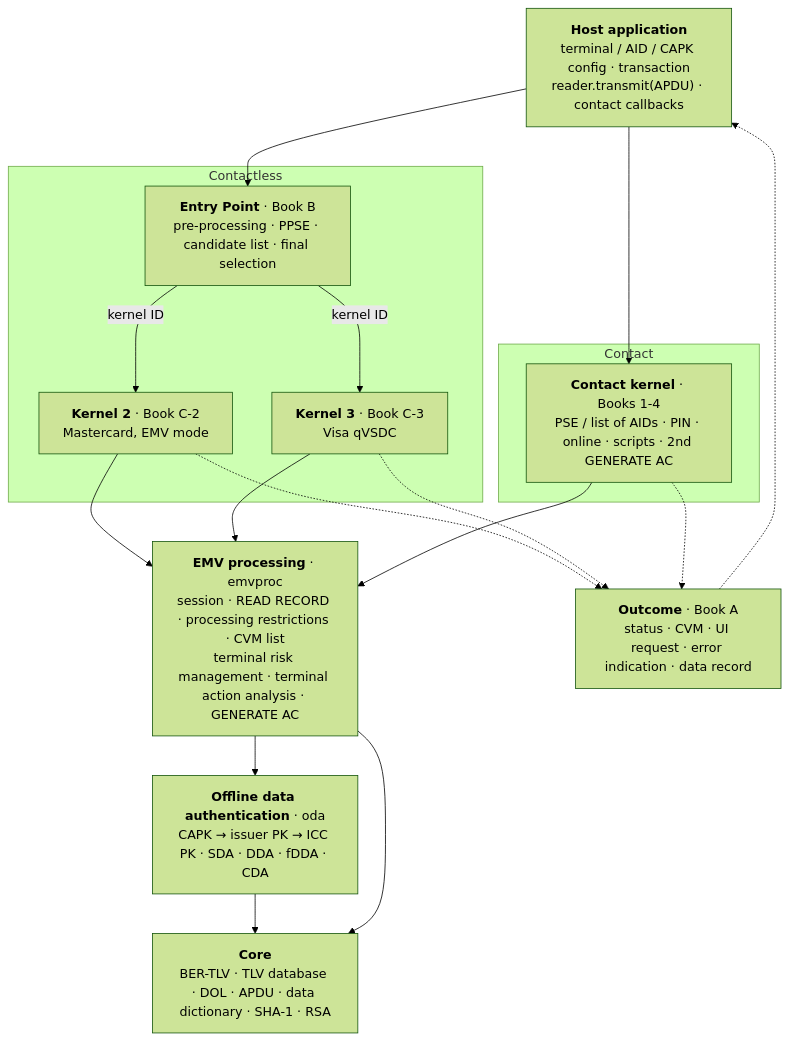
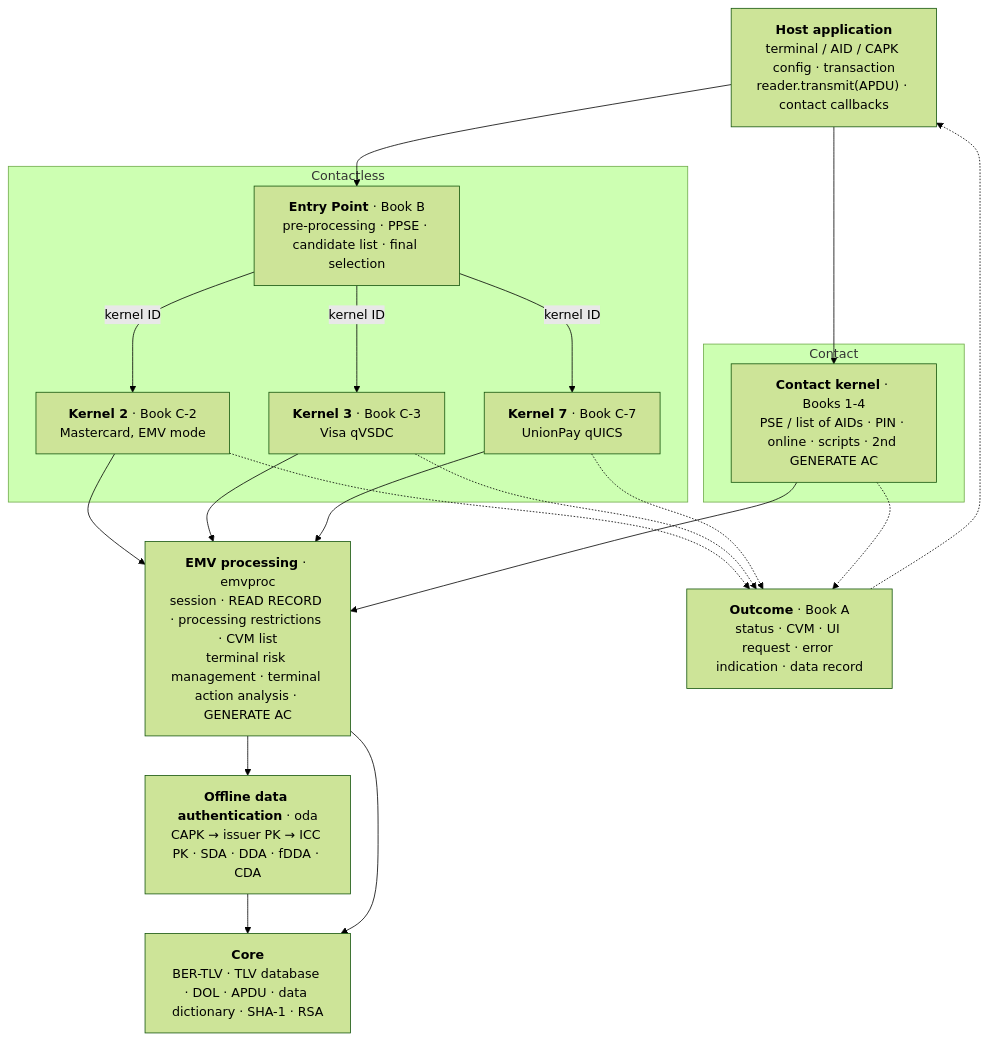
The first of 9 diagrams in README.md (xichuanxc/openpaykernel), drawn with Mermaid (forest theme) before and after one commit. The commit also changed other lines of this file and 43 other files, not shown here.

First line of the commit message:
Add Kernel 7: UnionPay qUICS (Book C-7) in Python, C and Rust

````diff
--- a/README.md
+++ b/README.md
@@ -33,34 +34,38 @@
 ```mermaid
 flowchart TB
     host["<b>Host application</b><br/>terminal / AID / CAPK config · transaction<br/>reader.transmit(APDU) · contact callbacks"]
 
     subgraph CL["Contactless"]
         ep["<b>Entry Point</b> · Book B<br/>pre-processing · PPSE · candidate list · final selection"]
         k2["<b>Kernel 2</b> · Book C-2<br/>Mastercard, EMV mode"]
         k3["<b>Kernel 3</b> · Book C-3<br/>Visa qVSDC"]
+        k7["<b>Kernel 7</b> · Book C-7<br/>UnionPay qUICS"]
     end
 
     subgraph CT["Contact"]
         ck["<b>Contact kernel</b> · Books 1-4<br/>PSE / list of AIDs · PIN · online · scripts · 2nd GENERATE AC"]
     end
 
     proc["<b>EMV processing</b> · emvproc<br/>session · READ RECORD · processing restrictions · CVM list<br/>terminal risk management · terminal action analysis · GENERATE AC"]
     oda["<b>Offline data authentication</b> · oda<br/>CAPK → issuer PK → ICC PK · SDA · DDA · fDDA · CDA"]
     core["<b>Core</b><br/>BER-TLV · TLV database · DOL · APDU · data dictionary · SHA-1 · RSA"]
     out["<b>Outcome</b> · Book A<br/>status · CVM · UI request · error indication · data record"]
 
     host --> ep
     host --> ck
     ep -- "kernel ID" --> k2
     ep -- "kernel ID" --> k3
+    ep -- "kernel ID" --> k7
     k2 --> proc
     k3 --> proc
+    k7 --> proc
     ck --> proc
     proc --> oda
     oda --> core
     proc --> core
     k2 -.-> out
     k3 -.-> out
+    k7 -.-> out
     ck -.-> out
     out -.-> host
 ```
````
